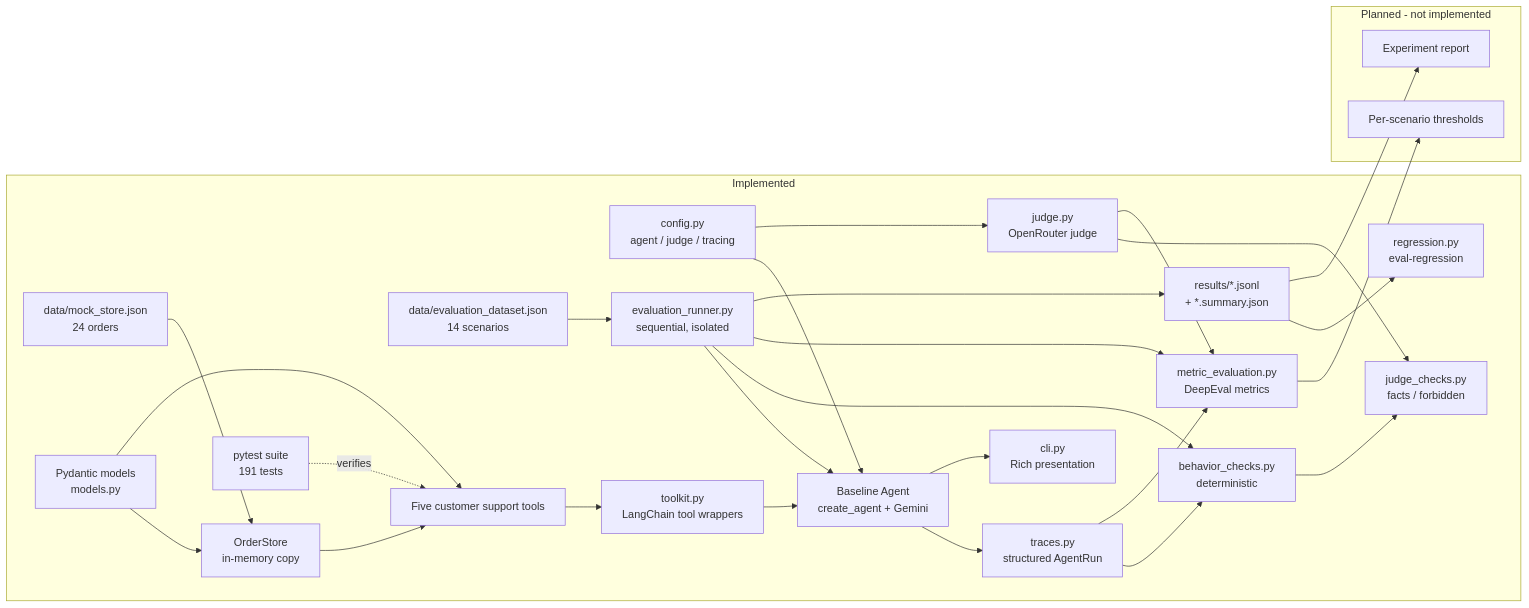
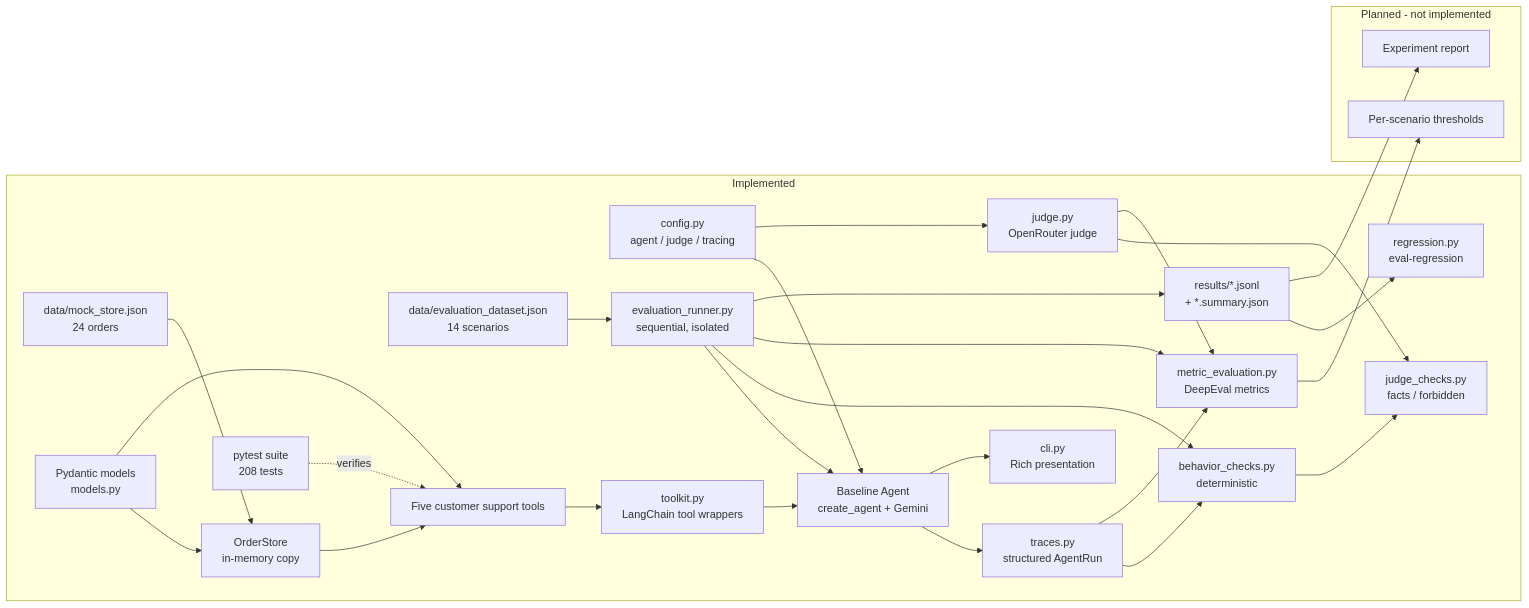
Before and after one commit to llm-systems-lab/agent-eval: the diagram in docs/ARCHITECTURE.md, drawn with Mermaid. The commit also changed other lines of this file and 15 other files, not shown here.

````diff
--- a/docs/ARCHITECTURE.md
+++ b/docs/ARCHITECTURE.md
@@ -40,54 +40,54 @@
 ```mermaid
 flowchart LR
     subgraph Implemented["Implemented"]
         MS["data/mock_store.json<br/>24 orders"]
         DS["data/evaluation_dataset.json<br/>14 scenarios"]
         MODELS["Pydantic models<br/>models.py"]
         STORE["OrderStore<br/>in-memory copy"]
         TOOLS["Five customer support tools"]
-        TESTS["pytest suite<br/>191 tests"]
+        TESTS["pytest suite<br/>208 tests"]
         CONFIG["config.py<br/>agent / judge / tracing"]
         TOOLKIT["toolkit.py<br/>LangChain tool wrappers"]
         AGENT["Baseline Agent<br/>create_agent + Gemini"]
         TRACE["traces.py<br/>structured AgentRun"]
         CLI["cli.py<br/>Rich presentation"]
         RUNNER["evaluation_runner.py<br/>sequential, isolated"]
         CHECKS["behavior_checks.py<br/>deterministic"]
         JCHECK["judge_checks.py<br/>facts / forbidden"]
         JUDGE["judge.py<br/>OpenRouter judge"]
         METRICS["metric_evaluation.py<br/>DeepEval metrics"]
         RESULTS["results/*.jsonl<br/>+ *.summary.json"]
         REG["regression.py<br/>eval-regression"]
 
         MS --> STORE
         MODELS --> STORE
         MODELS --> TOOLS
         STORE --> TOOLS
         TESTS -. verifies .-> TOOLS
         CONFIG --> AGENT
         CONFIG --> JUDGE
         TOOLS --> TOOLKIT
         TOOLKIT --> AGENT
         AGENT --> TRACE
         AGENT --> CLI
         DS --> RUNNER
         RUNNER --> AGENT
         TRACE --> CHECKS
         RUNNER --> CHECKS
         CHECKS --> JCHECK
         JUDGE --> JCHECK
         RUNNER --> METRICS
         JUDGE --> METRICS
         TRACE --> METRICS
         RUNNER --> RESULTS
         RESULTS --> REG
     end
 
     subgraph Planned["Planned - not implemented"]
         REPORT["Experiment report"]
         THRESH["Per-scenario thresholds"]
 
         RESULTS --> REPORT
         METRICS --> THRESH
     end
 ```
````
